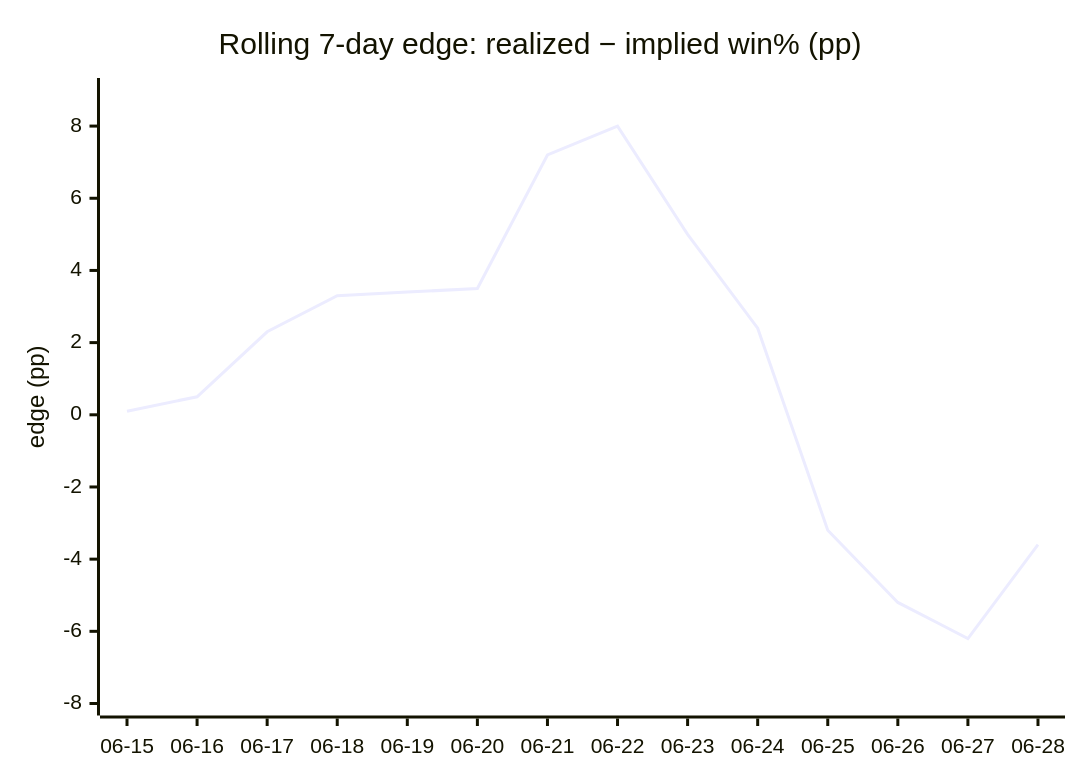
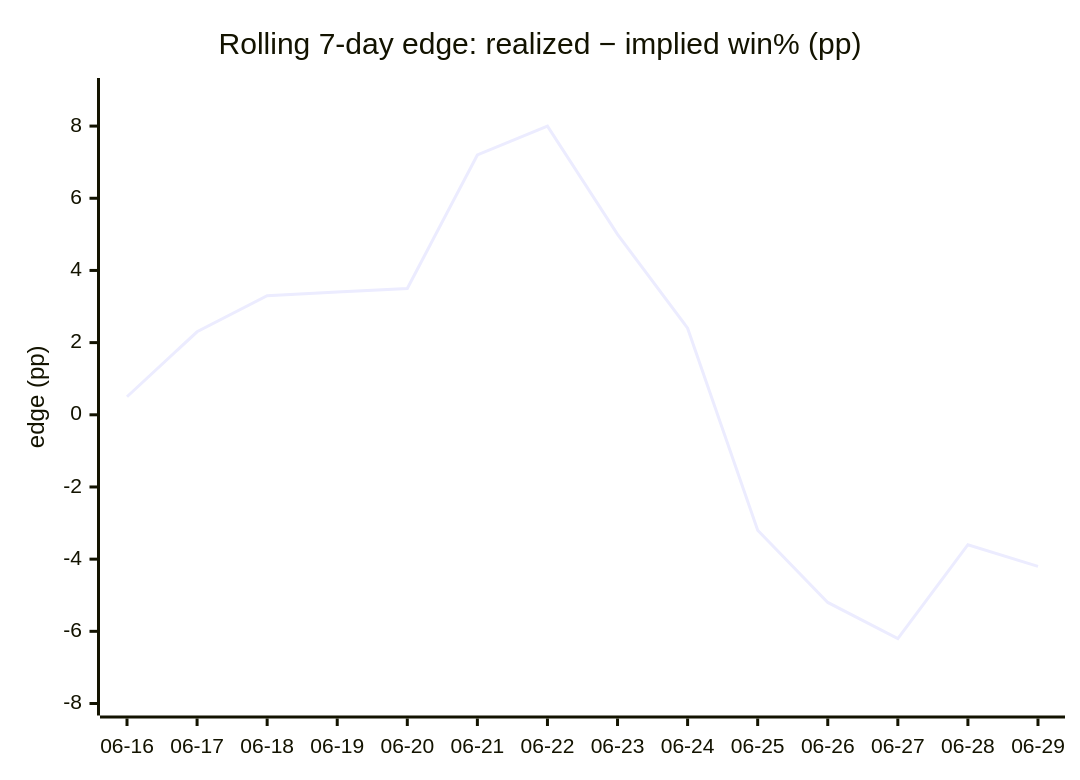
One commit to dpk1212/nhl-savant changed the fifth of 5 diagrams in DAILY_AGSU_REPORT.md. Above: the diagram before and after it, drawn with Mermaid. The commit also changed other lines of this file, not shown here.

````diff
--- a/DAILY_AGSU_REPORT.md
+++ b/DAILY_AGSU_REPORT.md
@@ -525,7 +528,7 @@
 ```mermaid
 xychart-beta
     title "Rolling 7-day edge: realized − implied win% (pp)"
-    x-axis ["06-15", "06-16", "06-17", "06-18", "06-19", "06-20", "06-21", "06-22", "06-23", "06-24", "06-25", "06-26", "06-27", "06-28"]
+    x-axis ["06-16", "06-17", "06-18", "06-19", "06-20", "06-21", "06-22", "06-23", "06-24", "06-25", "06-26", "06-27", "06-28", "06-29"]
     y-axis "edge (pp)" -8 --> 9
-    line [0.1, 0.5, 2.3, 3.3, 3.4, 3.5, 7.2, 8, 5, 2.4, -3.2, -5.2, -6.2, -3.6]
+    line [0.5, 2.3, 3.3, 3.4, 3.5, 7.2, 8, 5, 2.4, -3.2, -5.2, -6.2, -3.6, -4.2]
 ```
````
